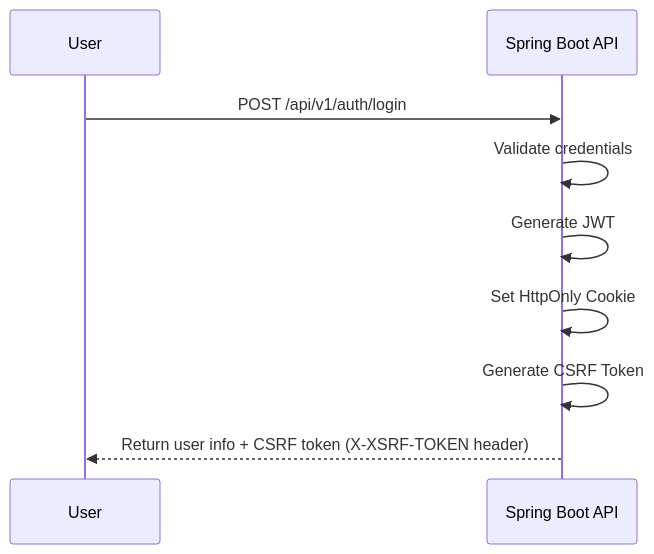
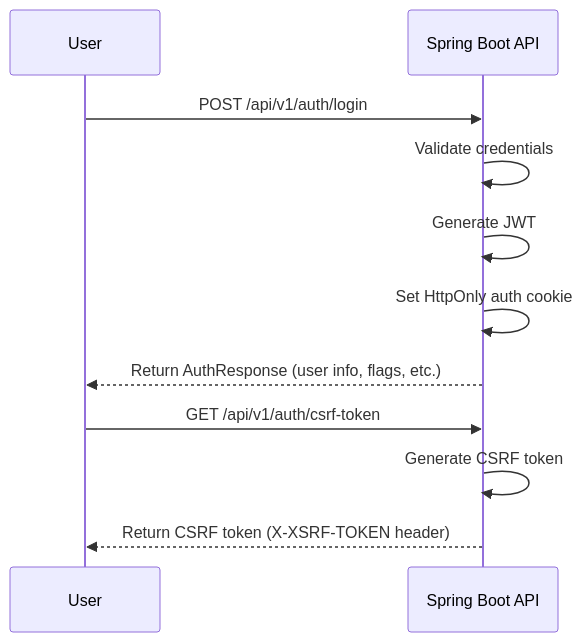
One commit to kattelsameer/finance-tracker changed the third of 6 diagrams in docs/architecture/ARCHITECTURE.md. Above: the diagram before and after it, drawn with Mermaid. The commit also changed other lines of this file, not shown here.

Commit message:
Potential fix for pull request finding on csrf docs

````diff
--- a/docs/architecture/ARCHITECTURE.md
+++ b/docs/architecture/ARCHITECTURE.md
@@ -463,11 +463,13 @@
    ```mermaid
    sequenceDiagram
        participant U as User
        participant API as Spring Boot API
        U->>API: POST /api/v1/auth/login
        API->>API: Validate credentials
        API->>API: Generate JWT
-       API->>API: Set HttpOnly Cookie
-       API->>API: Generate CSRF Token
-       API-->>U: Return user info + CSRF token (X-XSRF-TOKEN header)
+       API->>API: Set HttpOnly auth cookie
+       API-->>U: Return AuthResponse (user info, flags, etc.)
+       U->>API: GET /api/v1/auth/csrf-token
+       API->>API: Generate CSRF token
+       API-->>U: Return CSRF token (X-XSRF-TOKEN header)
    ```
````
